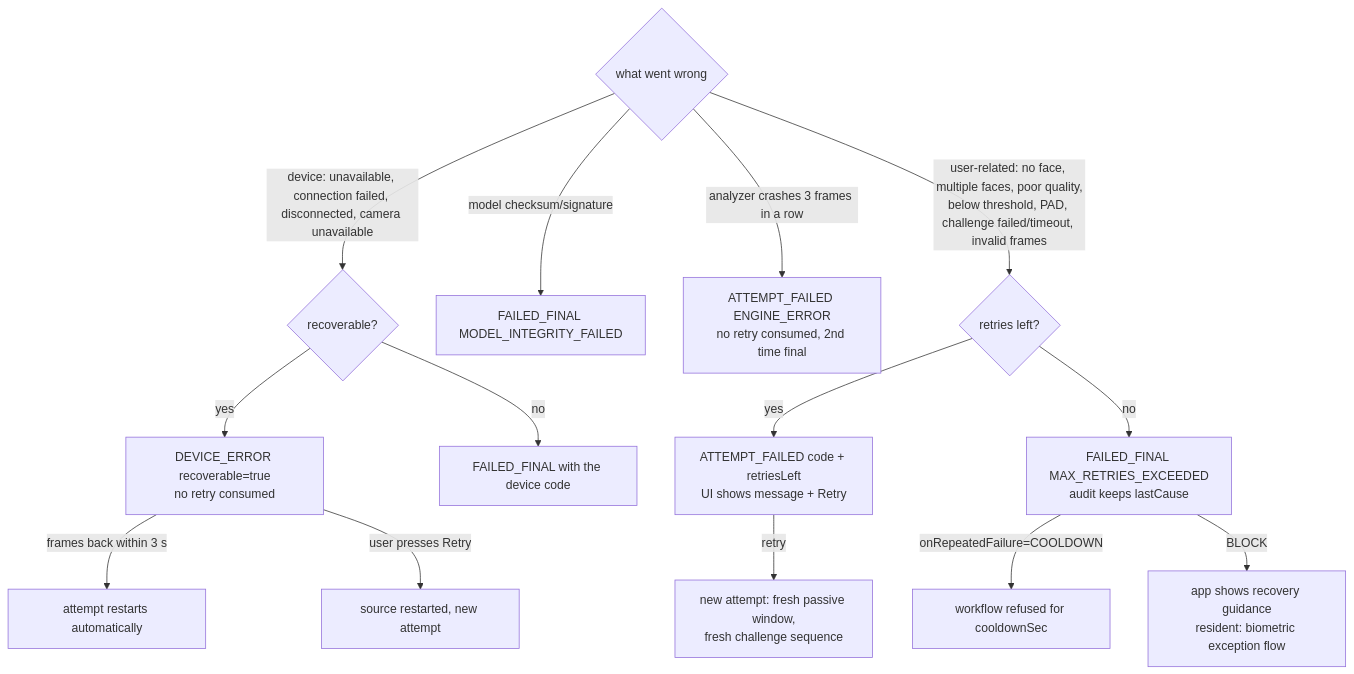
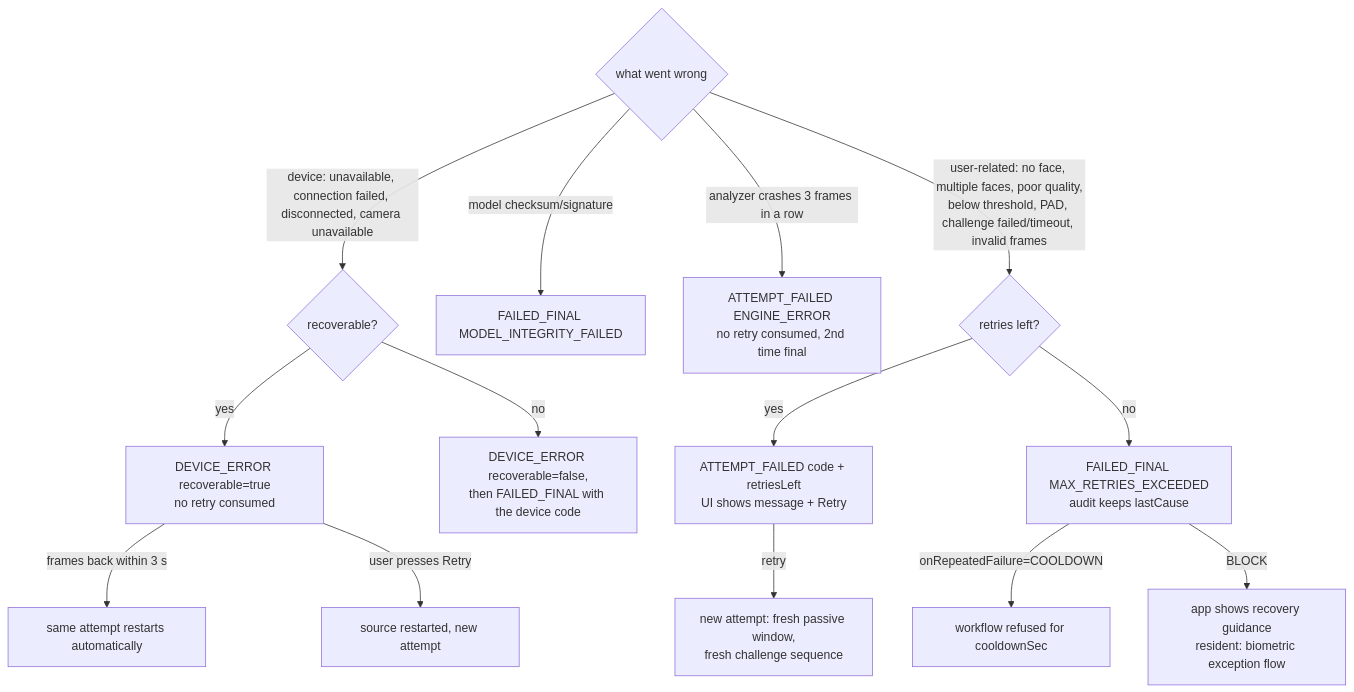
Before and after one commit to ChadDadChag/Mosip26: the seventh of 7 diagrams in docs/person3-design.md, drawn with Mermaid. The commit also changed other lines of this file and 18 other files, not shown here.

````diff
--- a/docs/person3-design.md
+++ b/docs/person3-design.md
@@ -379,16 +436,16 @@
 ```mermaid
 flowchart TD
   E{what went wrong} -->|device: unavailable, connection failed, disconnected, camera unavailable| DV{recoverable?}
   DV -->|yes| DW[DEVICE_ERROR recoverable=true<br/>no retry consumed]
-  DW -->|frames back within 3 s| AUTO[attempt restarts automatically]
+  DW -->|frames back within 3 s| AUTO[same attempt restarts automatically]
   DW -->|user presses Retry| RS[source restarted, new attempt]
-  DV -->|no| FF[FAILED_FINAL with the device code]
+  DV -->|no| FF[DEVICE_ERROR recoverable=false,<br/>then FAILED_FINAL with the device code]
   E -->|model checksum/signature| MI[FAILED_FINAL MODEL_INTEGRITY_FAILED]
   E -->|analyzer crashes 3 frames in a row| EE[ATTEMPT_FAILED ENGINE_ERROR<br/>no retry consumed, 2nd time final]
   E -->|user-related: no face, multiple faces, poor quality,<br/>below threshold, PAD, challenge failed/timeout, invalid frames| UF{retries left?}
   UF -->|yes| AF[ATTEMPT_FAILED code + retriesLeft<br/>UI shows message + Retry]
   AF -->|retry| NEW[new attempt: fresh passive window,<br/>fresh challenge sequence]
   UF -->|no| MR[FAILED_FINAL MAX_RETRIES_EXCEEDED<br/>audit keeps lastCause]
   MR -->|onRepeatedFailure=COOLDOWN| CD[workflow refused for cooldownSec]
   MR -->|BLOCK| RG[app shows recovery guidance<br/>resident: biometric exception flow]
 ```
````
